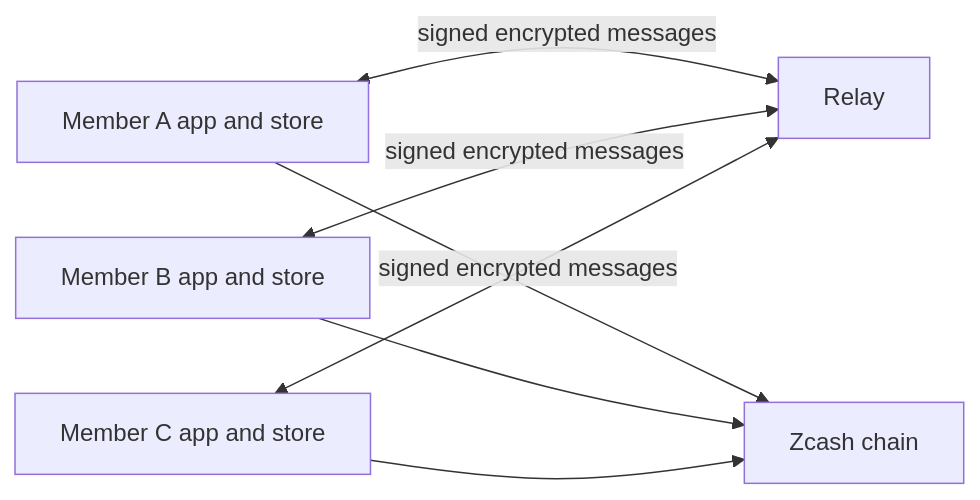
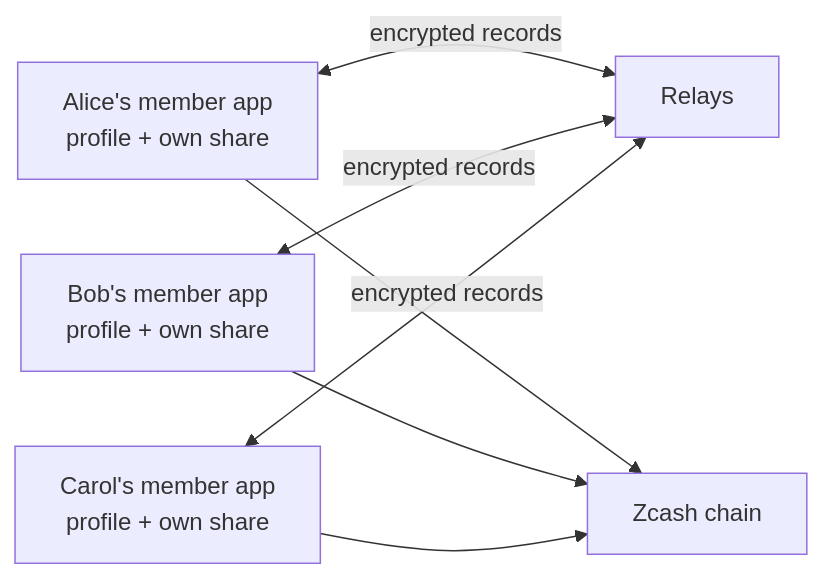
The diagram in WALLET_BUILD.md (amiabix/loki), drawn with Mermaid before and after one commit. The commit also changed other lines of this file, not shown here.

Commit message:
Define member-first wallet journey and client boundaries

````diff
--- a/WALLET_BUILD.md
+++ b/WALLET_BUILD.md
@@ -15,9 +32,9 @@
 ```mermaid
 flowchart LR
-    A[Member A app and store] <-->|signed encrypted messages| R[Relay]
-    B[Member B app and store] <-->|signed encrypted messages| R
-    C[Member C app and store] <-->|signed encrypted messages| R
-    A --> Z[Zcash chain]
-    B --> Z
-    C --> Z
+  A["Alice's member app\nprofile + own share"] <-->|encrypted records| R[Relays]
+  B["Bob's member app\nprofile + own share"] <-->|encrypted records| R
+  C["Carol's member app\nprofile + own share"] <-->|encrypted records| R
+  A --> Z[Zcash chain]
+  B --> Z
+  C --> Z
 ```
````
